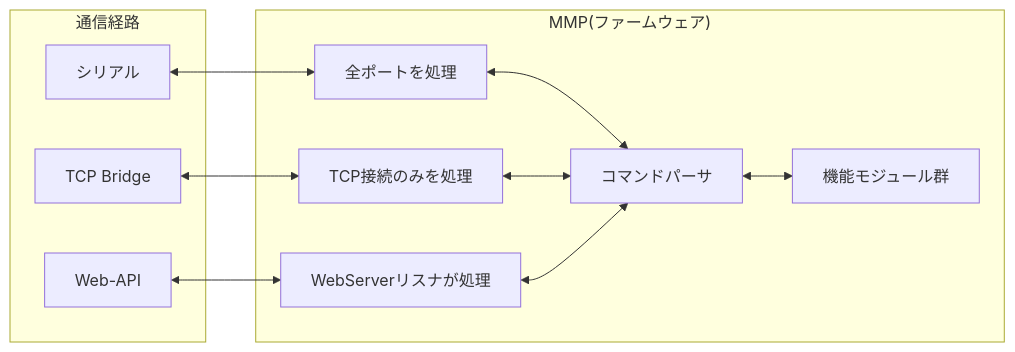
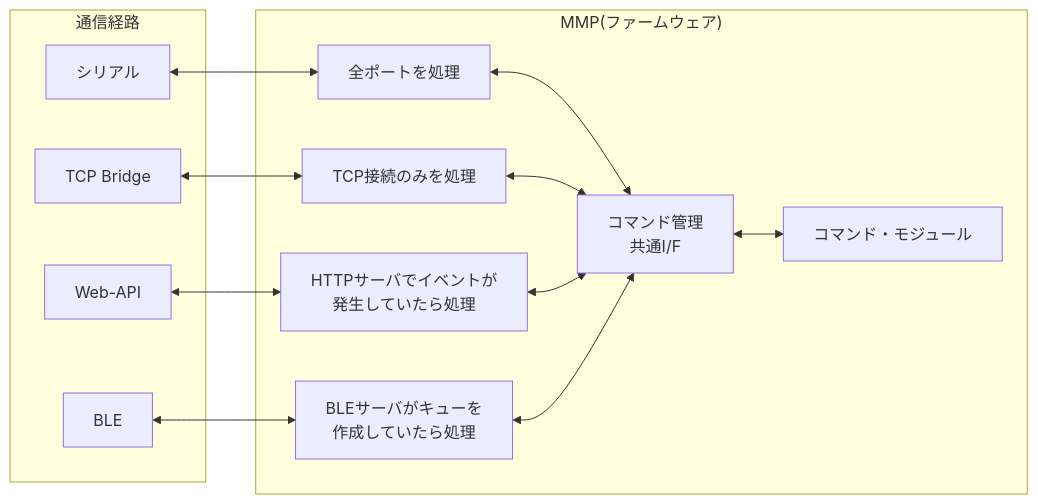
One commit to kureha001/MMP changed the first of 4 diagrams in ファームウェア/ファームウェア/mmp/doc/README.MD. Above: the diagram before and after it, drawn with Mermaid. The commit also changed other lines of this file and 16 other files, not shown here.

````diff
--- a/ファームウェア/ファームウェア/mmp/doc/README.MD
+++ b/ファームウェア/ファームウェア/mmp/doc/README.MD
@@ -68,26 +70,30 @@
 ```mermaid
 flowchart LR
   subgraph Client["通信経路"]
     S["シリアル"] 
     W1["TCP Bridge"] 
     W2["Web-API"]
+    W3["BLE"]
   end
 
   subgraph Firmware["MMP(ファームウェア)"]
     MS["全ポートを処理"] 
     MT["TCP接続のみを処理"] 
-    MW["WebServerリスナが処理"] 
-    P["コマンドパーサ"]
-    M["機能モジュール群"]
+    MW["HTTPサーバでイベントが<br>発生していたら処理"] 
+    MB["BLEサーバがキューを<br>作成していたら処理"] 
+    P["コマンド管理<br>共通I/F"]
+    M["コマンド・モジュール"]
   end
 
   S  <--> MS
   W1 <--> MT
   W2 <--> MW
+  W3 <--> MB
 
   MS <--> P
   MT <--> P
   MW <--> P
+  MB <--> P
 
   P  <--> M
 ```
````
